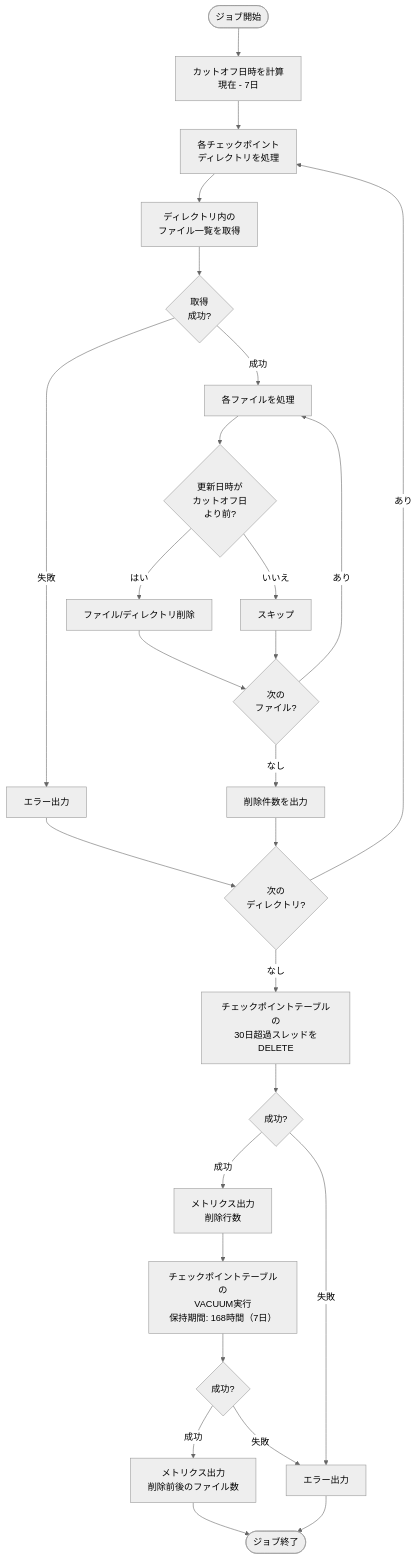
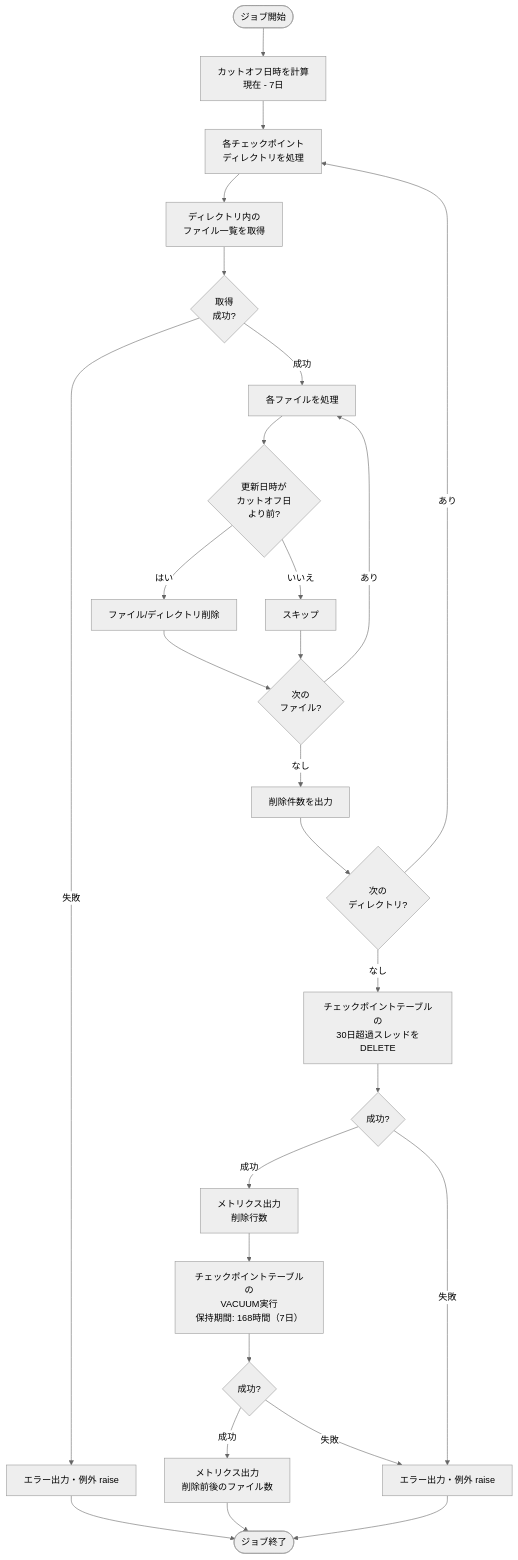
The third of 3 diagrams in docs/03-features/batch/optimization/job-specification.md (NSW-SVCP-AIWG002/Databricks-IoT), drawn with Mermaid (neutral theme) before and after one commit. The commit also changed other lines of this file and 1 other file, not shown here.

````diff
--- a/docs/03-features/batch/optimization/job-specification.md
+++ b/docs/03-features/batch/optimization/job-specification.md
@@ -318,39 +332,39 @@
 ```mermaid
 flowchart TD
     Start([ジョブ開始]) --> Cutoff[カットオフ日時を計算<br>現在 - 7日]
     Cutoff --> DirLoop[各チェックポイント<br>ディレクトリを処理]
 
     DirLoop --> ListFiles[ディレクトリ内の<br>ファイル一覧を取得]
     ListFiles --> ListResult{取得<br>成功?}
 
-    ListResult -->|失敗| DirError[エラー出力]
+    ListResult -->|失敗| DirError[エラー出力・例外 raise]
     ListResult -->|成功| FileLoop[各ファイルを処理]
 
     FileLoop --> CheckDate{更新日時が<br>カットオフ日<br>より前?}
     CheckDate -->|はい| Delete[ファイル/ディレクトリ削除]
     CheckDate -->|いいえ| Skip[スキップ]
 
     Delete --> NextFile{次の<br>ファイル?}
     Skip --> NextFile
 
     NextFile -->|あり| FileLoop
     NextFile -->|なし| Log[削除件数を出力]
 
-    DirError --> NextDir{次の<br>ディレクトリ?}
-    Log --> NextDir
+    DirError --> End
+    Log --> NextDir{次の<br>ディレクトリ?}
 
     NextDir -->|あり| DirLoop
     NextDir -->|なし| TableDelete[チェックポイントテーブルの<br>30日超過スレッドをDELETE]
 
     TableDelete --> DeleteResult{成功?}
     DeleteResult -->|成功| DeleteMetrics[メトリクス出力<br>削除行数]
-    DeleteResult -->|失敗| TableError[エラー出力]
+    DeleteResult -->|失敗| TableError[エラー出力・例外 raise]
 
     DeleteMetrics --> Vacuum[チェックポイントテーブルの<br>VACUUM実行<br>保持期間: 168時間（7日）]
     Vacuum --> VacuumResult{成功?}
     VacuumResult -->|成功| VacuumMetrics[メトリクス出力<br>削除前後のファイル数]
     VacuumResult -->|失敗| TableError
 
     VacuumMetrics --> End([ジョブ終了])
     TableError --> End
 ```
````
